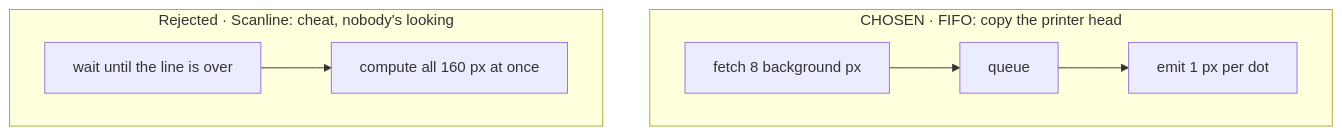
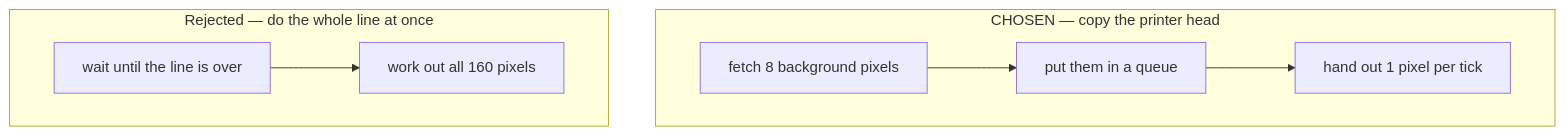
One commit to dudustri/rustboy-color changed the ninth of 16 diagrams in docs/architecture.md. Above: the diagram before and after it, drawn with Mermaid. The commit also changed other lines of this file and 17 other files, not shown here.

````diff
--- a/docs/architecture.md
+++ b/docs/architecture.md
@@ -258,9 +270,11 @@
 ```mermaid
+%%{init: {"flowchart": {"nodeSpacing": 50, "rankSpacing": 70}}}%%
 flowchart TB
-    subgraph f["CHOSEN · FIFO: copy the printer head"]
-        F1["fetch 8 background px"] --> F3["queue"] --> F4["emit 1 px per dot"]
+    subgraph f["CHOSEN — copy the printer head"]
+        F1["fetch 8 background pixels"] --> F3["put them in a queue"]
+        F3 --> F4["hand out 1 pixel per tick"]
     end
-    subgraph s["Rejected · Scanline: cheat, nobody's looking"]
-        S1["wait until the line is over"] --> S2["compute all 160 px at once"]
+    subgraph s["Rejected — do the whole line at once"]
+        S1["wait until the line is over"] --> S2["work out all 160 pixels"]
     end
 ```
````
